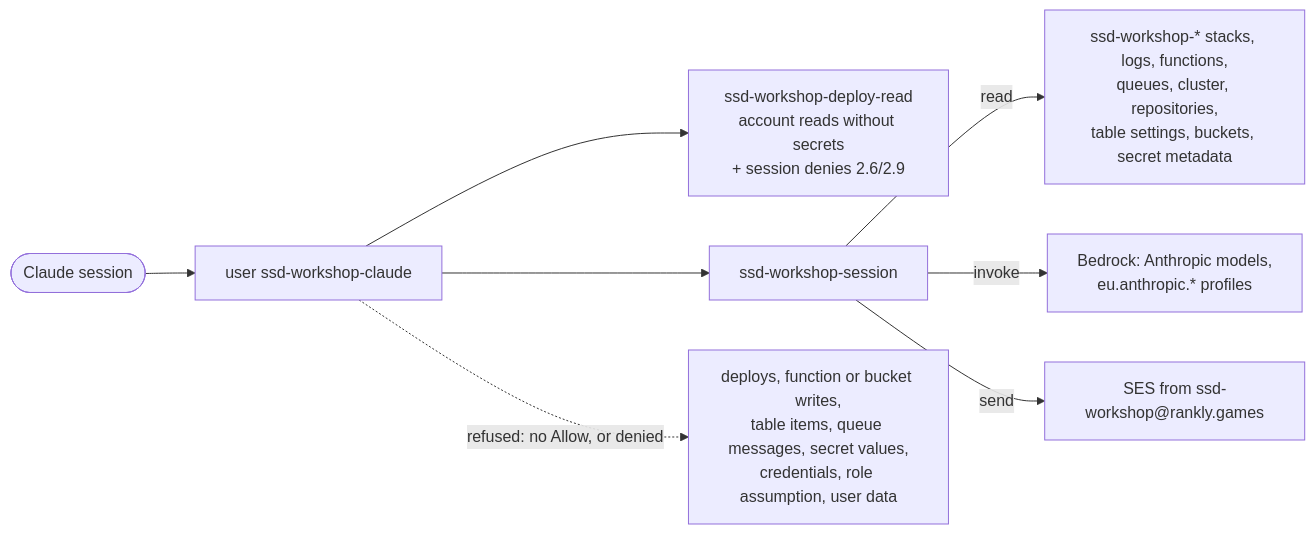
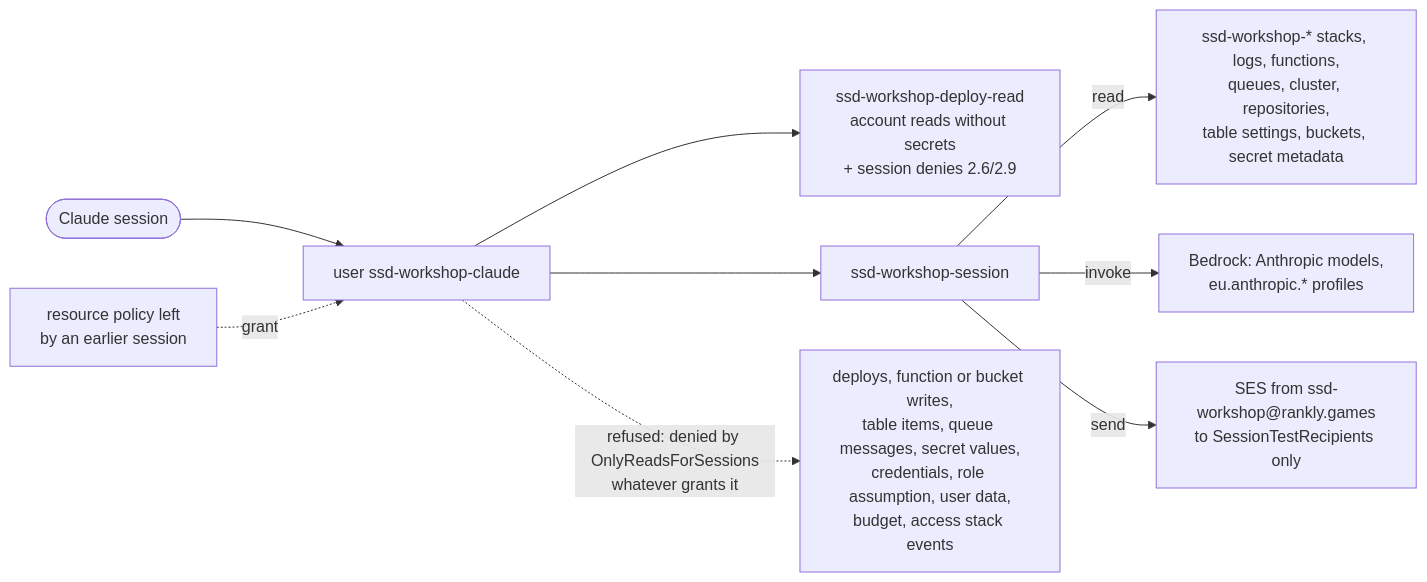
The third of 4 diagrams in infra/access/README.md (kifbv/ssd-workshop), drawn with Mermaid before and after one commit. The commit also changed other lines of this file and 5 other files, not shown here.

First line of the commit message:
Ticket 2.12 try 3: catch-all read-only deny and the access-review fixes for sessions

````diff
--- a/infra/access/README.md
+++ b/infra/access/README.md
@@ -228,10 +231,11 @@
 ```mermaid
 flowchart LR
   S([Claude session]) --> U[user ssd-workshop-claude]
   U --> R[ssd-workshop-deploy-read<br/>account reads without secrets<br/>+ session denies 2.6/2.9]
   U --> P[ssd-workshop-session]
   P -->|read| W[ssd-workshop-* stacks, logs, functions,<br/>queues, cluster, repositories,<br/>table settings, buckets, secret metadata]
   P -->|invoke| B[Bedrock: Anthropic models,<br/>eu.anthropic.* profiles]
-  P -->|send| E[SES from ssd-workshop@rankly.games]
-  U -.->|refused: no Allow, or denied| X[deploys, function or bucket writes,<br/>table items, queue messages, secret values,<br/>credentials, role assumption, user data]
+  P -->|send| E[SES from ssd-workshop@rankly.games<br/>to SessionTestRecipients only]
+  RP[resource policy left<br/>by an earlier session] -.->|grant| U
+  U -.->|refused: denied by OnlyReadsForSessions<br/>whatever grants it| X[deploys, function or bucket writes,<br/>table items, queue messages, secret values,<br/>credentials, role assumption, user data,<br/>budget, access stack events]
 ```
````
